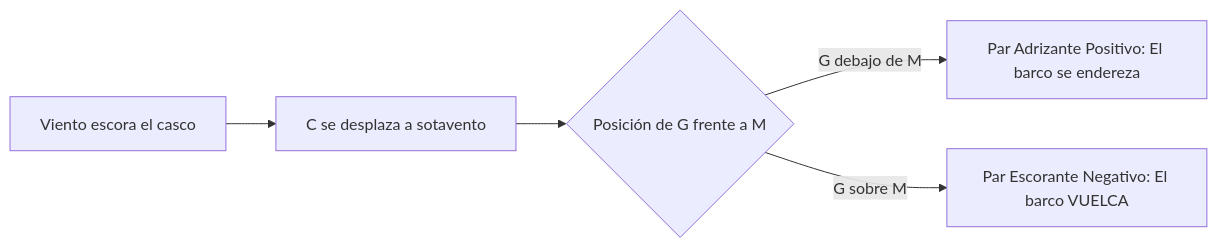
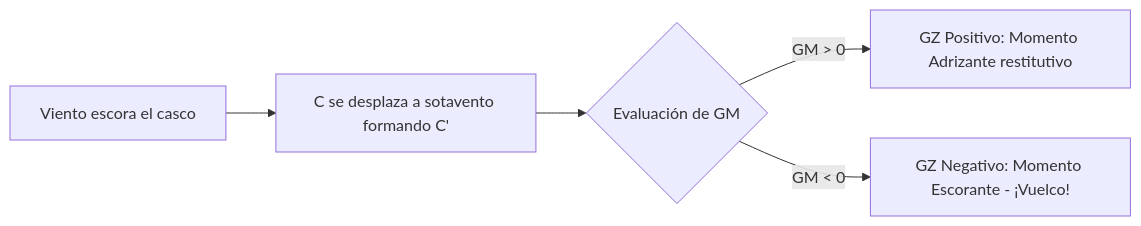
The diagram in titulaciones/PY/tema_1_seguridad.md (LegalIntermediaSL/Nautica), drawn with Mermaid before and after one commit. The commit also changed other lines of this file and 20 other files, not shown here.

````diff
--- a/titulaciones/PY/tema_1_seguridad.md
+++ b/titulaciones/PY/tema_1_seguridad.md
@@ -26,7 +49,7 @@
 ```mermaid
 graph LR
-    A[Viento escora el casco] --> B[C se desplaza a sotavento]
-    B --> C{Posición de G frente a M}
-    C -- G debajo de M --> D[Par Adrizante Positivo: El barco se endereza]
-    C -- G sobre M --> E[Par Escorante Negativo: El barco VUELCA]
+    A[Viento escora el casco] --> B[C se desplaza a sotavento formando C']
+    B --> C{Evaluación de GM}
+    C -- GM > 0 --> D[GZ Positivo: Momento Adrizante restitutivo]
+    C -- GM < 0 --> E[GZ Negativo: Momento Escorante - ¡Vuelco!]
 ```
````
